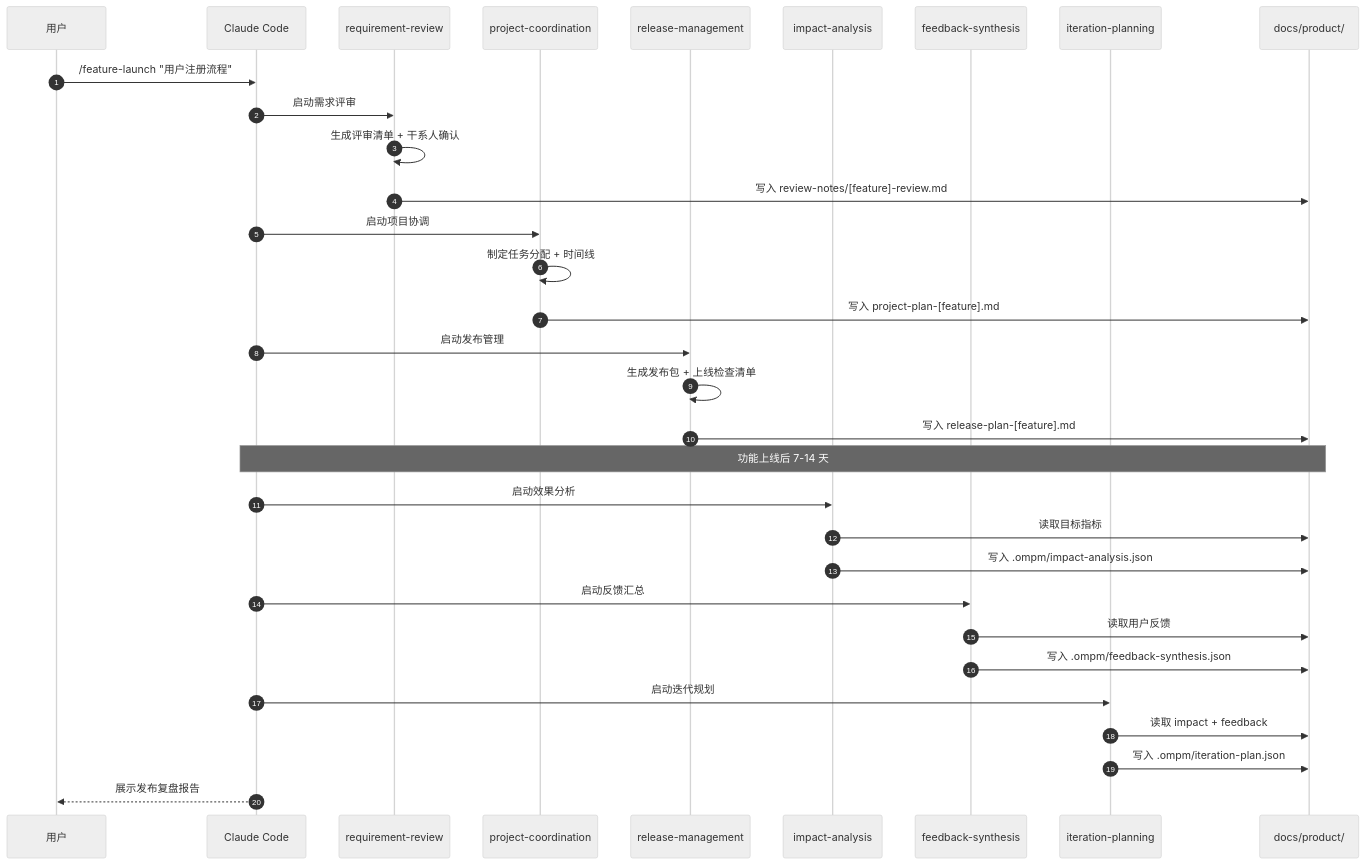
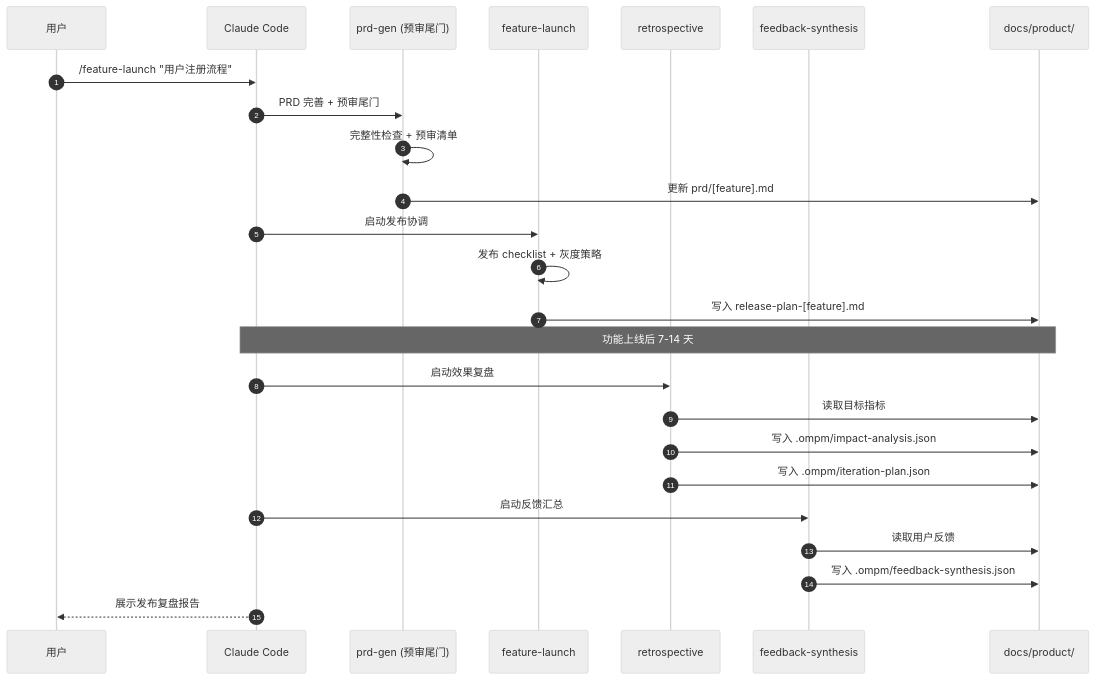
The fifth of 9 diagrams in docs/architecture/workflow-architecture.md (kelegele/oh-my-pm), drawn with Mermaid (neutral theme) before and after one commit. The commit also changed other lines of this file and 80 other files, not shown here.

First line of the commit message:
feat!: 简化重构 v1.0.0——证据纪律 + 意图路由 + 交付层取消，20→11 skills

````diff
--- a/docs/architecture/workflow-architecture.md
+++ b/docs/architecture/workflow-architecture.md
@@ -163,41 +145,32 @@
 ```mermaid
 sequenceDiagram
     autonumber
     participant U as 用户
     participant CC as Claude Code
-    participant RR as requirement-review
-    participant PC as project-coordination
-    participant RM as release-management
-    participant IA as impact-analysis
+    participant PG as prd-gen (预审尾门)
+    participant FL as feature-launch
+    participant RT as retrospective
     participant FB as feedback-synthesis
-    participant IP as iteration-planning
     participant CTX as docs/product/
 
     U->>CC: /feature-launch "用户注册流程"
-    CC->>RR: 启动需求评审
-    RR->>RR: 生成评审清单 + 干系人确认
-    RR->>CTX: 写入 review-notes/[feature]-review.md
+    CC->>PG: PRD 完善 + 预审尾门
+    PG->>PG: 完整性检查 + 预审清单
+    PG->>CTX: 更新 prd/[feature].md
 
-    CC->>PC: 启动项目协调
-    PC->>PC: 制定任务分配 + 时间线
-    PC->>CTX: 写入 project-plan-[feature].md
-
-    CC->>RM: 启动发布管理
-    RM->>RM: 生成发布包 + 上线检查清单
-    RM->>CTX: 写入 release-plan-[feature].md
+    CC->>FL: 启动发布协调
+    FL->>FL: 发布 checklist + 灰度策略
+    FL->>CTX: 写入 release-plan-[feature].md
 
     Note over CC,CTX: 功能上线后 7-14 天
-    CC->>IA: 启动效果分析
-    IA->>CTX: 读取目标指标
-    IA->>CTX: 写入 .ompm/impact-analysis.json
+    CC->>RT: 启动效果复盘
+    RT->>CTX: 读取目标指标
+    RT->>CTX: 写入 .ompm/impact-analysis.json
+    RT->>CTX: 写入 .ompm/iteration-plan.json
 
     CC->>FB: 启动反馈汇总
     FB->>CTX: 读取用户反馈
     FB->>CTX: 写入 .ompm/feedback-synthesis.json
 
-    CC->>IP: 启动迭代规划
-    IP->>CTX: 读取 impact + feedback
-    IP->>CTX: 写入 .ompm/iteration-plan.json
-
     CC-->>U: 展示发布复盘报告
 ```
````
